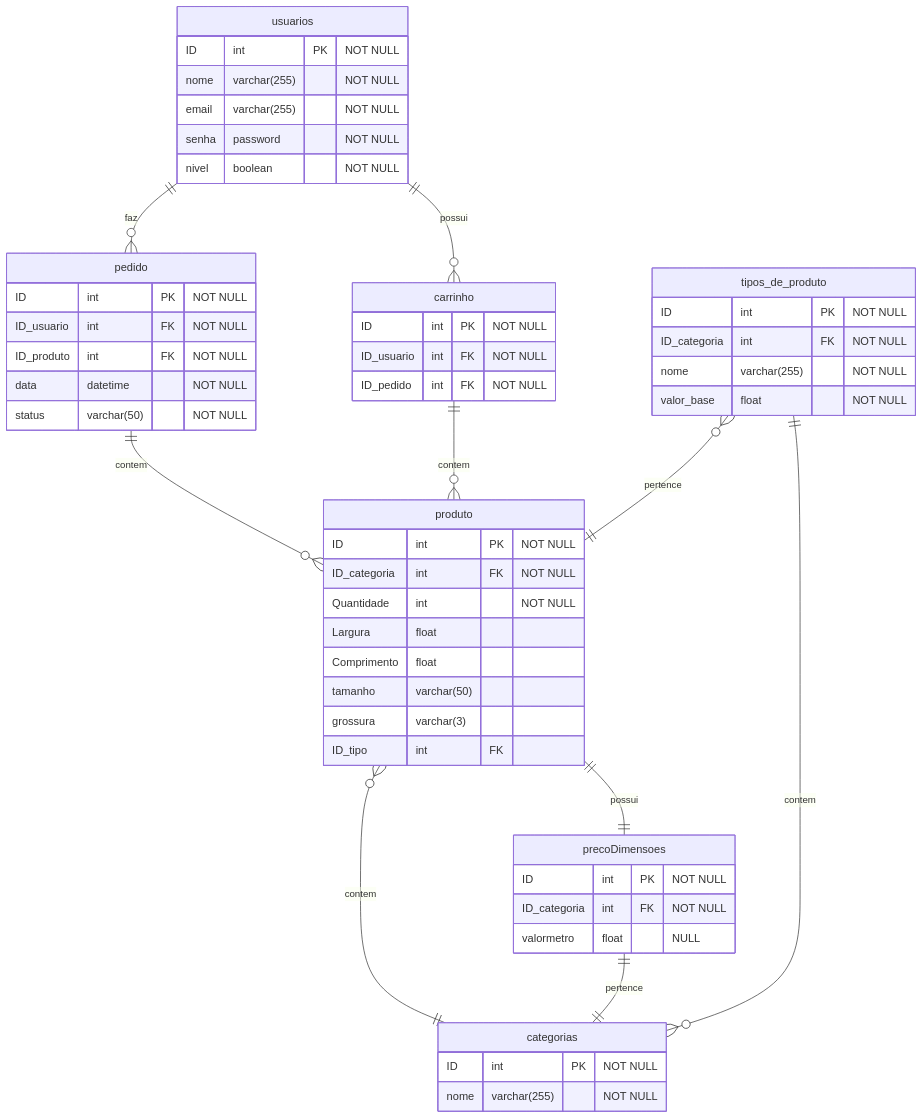
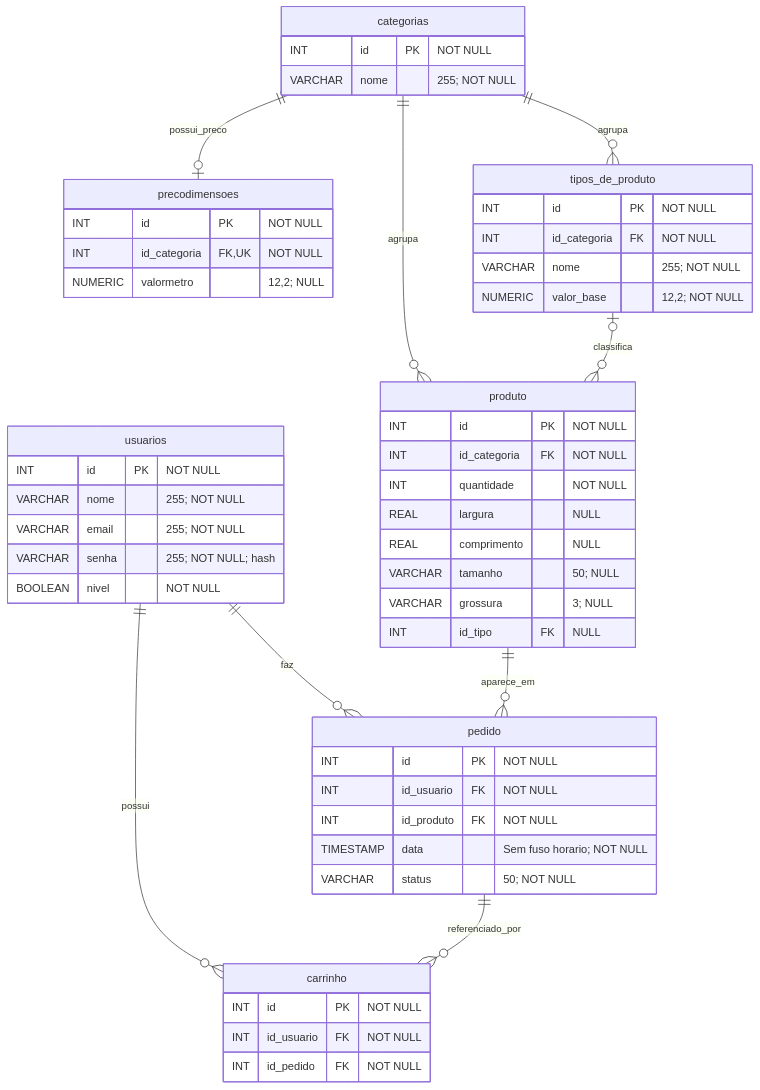
The diagram in docs/diagramas.md (androidkkn/ProjetoFinal-ArtUP), drawn with Mermaid before and after one commit. The commit also changed 2 other files, not shown here.

Commit message:
Criação do arquivo SQL e atualização do diagrama

````diff
--- a/docs/diagramas.md
+++ b/docs/diagramas.md
@@ -1,64 +5,56 @@
 ```mermaid
 erDiagram
-usuarios ||--o{ carrinho : possui
-usuarios ||--o{ pedido : faz
-pedido ||--o{ produto : contem
-carrinho ||--o{ produto : contem
-categorias ||--o{ produto : contem
-produto ||--|| precoDimensoes : possui
-precoDimensoes ||--|| categorias : pertence
-tipos_de_produto ||--o{ categorias : contem
-tipos_de_produto }o--|| produto : pertence
+    usuarios ||--o{ carrinho : possui
+    usuarios ||--o{ pedido : faz
+    produto ||--o{ pedido : aparece_em
+    pedido ||--o{ carrinho : referenciado_por
+    categorias ||--o{ produto : agrupa
+    categorias ||--o| precodimensoes : possui_preco
+    categorias ||--o{ tipos_de_produto : agrupa
+    tipos_de_produto o|--o{ produto : classifica
 
-
-usuarios {
-    ID int PK "NOT NULL"
-    nome varchar(255) "NOT NULL"
-    email varchar(255) "NOT NULL"
-    senha password "NOT NULL"
-    nivel boolean "NOT NULL"
-}
-
-categorias {
-    ID int PK "NOT NULL"
-    nome varchar(255) "NOT NULL"
-}
-
-produto {
-    ID int PK "NOT NULL"
-    ID_categoria int FK "NOT NULL"
-    Quantidade int "NOT NULL"
-    Largura float
-    Comprimento float
-    tamanho varchar(50)
-    grossura varchar(3)
-    ID_tipo int FK
-}
-
-pedido {
-    ID int PK "NOT NULL"
-    ID_usuario int FK "NOT NULL"
-    ID_produto int FK "NOT NULL"
-    data datetime "NOT NULL"
-    status varchar(50) "NOT NULL"
-}
-
-carrinho {
-    ID int PK "NOT NULL"
-    ID_usuario int FK "NOT NULL"
-    ID_pedido int FK "NOT NULL"
-}
-
-precoDimensoes {
-    ID int PK "NOT NULL"
-    ID_categoria int FK "NOT NULL"
-    valormetro float "NULL"
-}
-
-tipos_de_produto {
-    ID int PK "NOT NULL"
-    ID_categoria int FK "NOT NULL"
-    nome varchar(255) "NOT NULL"
-    valor_base float "NOT NULL"
-}
+    usuarios {
+        INT id PK "NOT NULL"
+        VARCHAR nome "255; NOT NULL"
+        VARCHAR email "255; NOT NULL"
+        VARCHAR senha "255; NOT NULL; hash"
+        BOOLEAN nivel "NOT NULL"
+    }
+    categorias {
+        INT id PK "NOT NULL"
+        VARCHAR nome "255; NOT NULL"
+    }
+    produto {
+        INT id PK "NOT NULL"
+        INT id_categoria FK "NOT NULL"
+        INT quantidade "NOT NULL"
+        REAL largura "NULL"
+        REAL comprimento "NULL"
+        VARCHAR tamanho "50; NULL"
+        VARCHAR grossura "3; NULL"
+        INT id_tipo FK "NULL"
+    }
+    pedido {
+        INT id PK "NOT NULL"
+        INT id_usuario FK "NOT NULL"
+        INT id_produto FK "NOT NULL"
+        TIMESTAMP data "Sem fuso horario; NOT NULL"
+        VARCHAR status "50; NOT NULL"
+    }
+    carrinho {
+        INT id PK "NOT NULL"
+        INT id_usuario FK "NOT NULL"
+        INT id_pedido FK "NOT NULL"
+    }
+    precodimensoes {
+        INT id PK "NOT NULL"
+        INT id_categoria FK, UK "NOT NULL"
+        NUMERIC valormetro "12,2; NULL"
+    }
+    tipos_de_produto {
+        INT id PK "NOT NULL"
+        INT id_categoria FK "NOT NULL"
+        VARCHAR nome "255; NOT NULL"
+        NUMERIC valor_base "12,2; NOT NULL"
+    }
 ```
````
